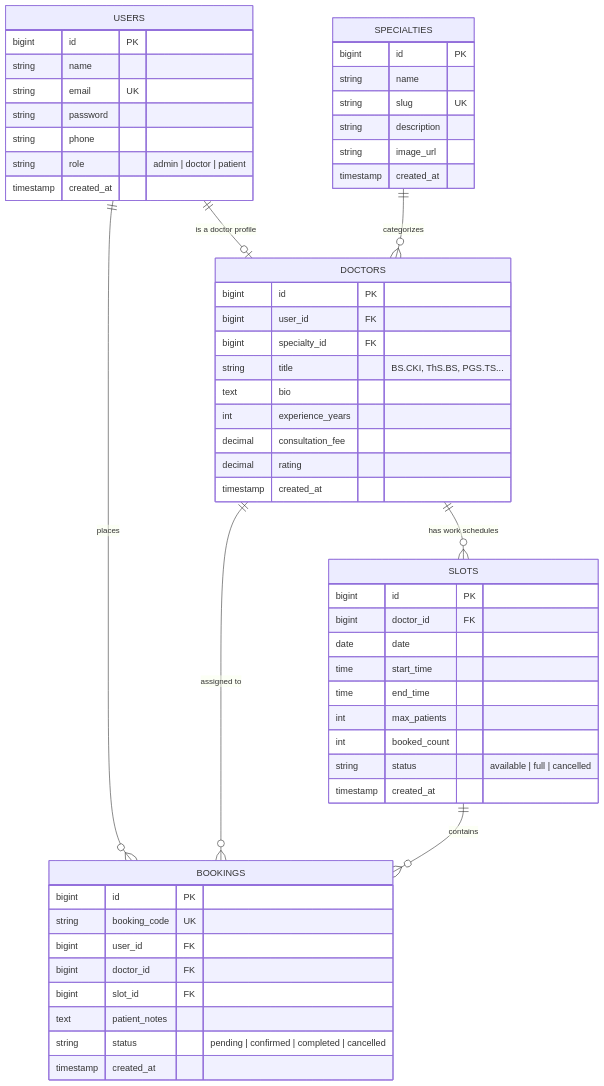
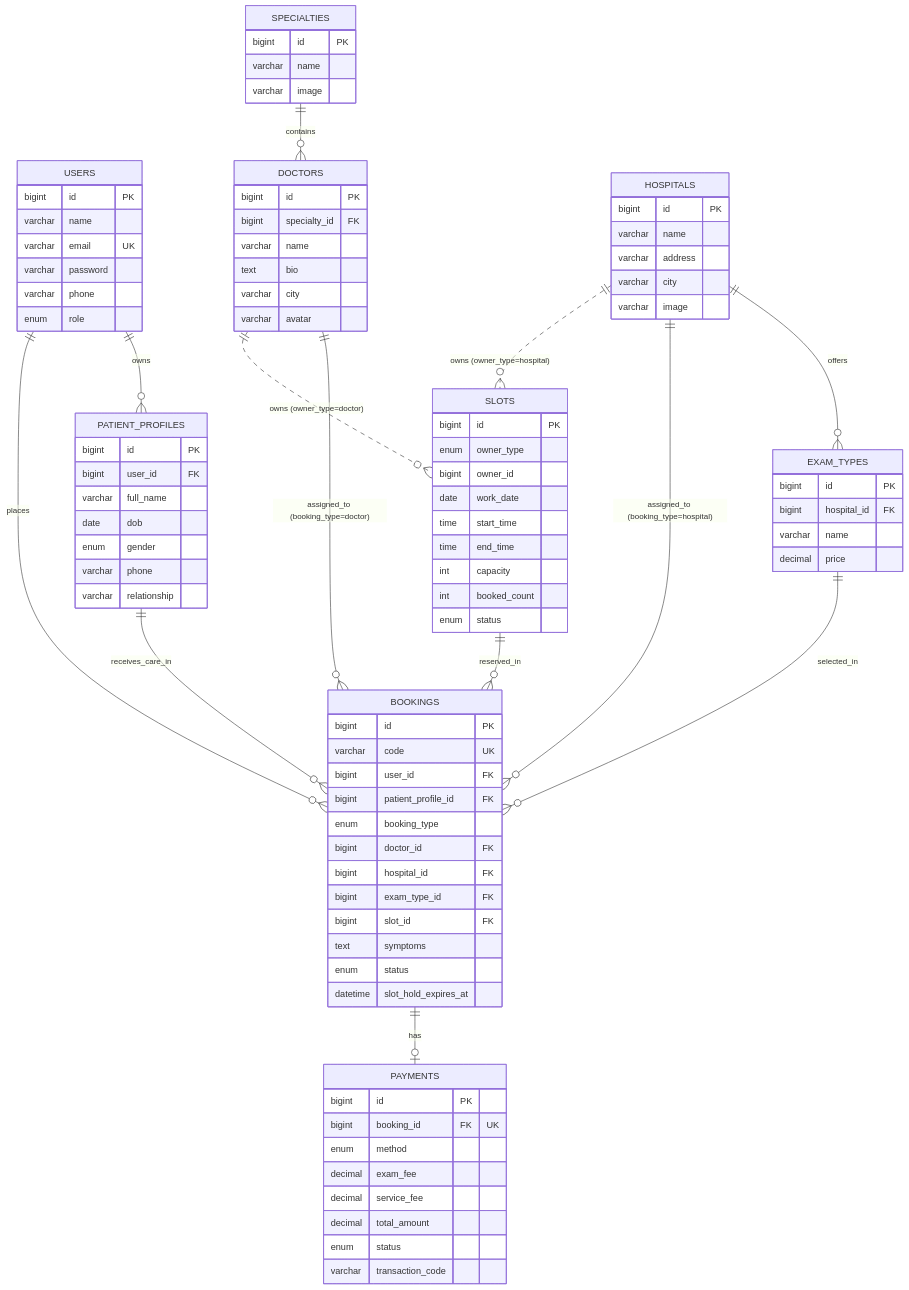
One commit to th4nhc0n999/Mini-Project-IS207 changed the second of 3 diagrams in README.md. Above: the diagram before and after it, drawn with Mermaid. The commit also changed other lines of this file and 4 other files, not shown here.

Commit message:
Agent Host changes for agents/update-db-schema-docs

````diff
--- a/README.md
+++ b/README.md
@@ -193,63 +201,94 @@
 ```mermaid
 erDiagram
-    USERS ||--o| DOCTORS : "is a doctor profile"
+    USERS ||--o{ PATIENT_PROFILES : "owns"
     USERS ||--o{ BOOKINGS : "places"
-    SPECIALTIES ||--o{ DOCTORS : "categorizes"
-    DOCTORS ||--o{ SLOTS : "has work schedules"
-    DOCTORS ||--o{ BOOKINGS : "assigned to"
-    SLOTS ||--o{ BOOKINGS : "contains"
+    PATIENT_PROFILES ||--o{ BOOKINGS : "receives_care_in"
+    SPECIALTIES ||--o{ DOCTORS : "contains"
+    DOCTORS ||--o{ BOOKINGS : "assigned_to (booking_type=doctor)"
+    HOSPITALS ||--o{ EXAM_TYPES : "offers"
+    HOSPITALS ||--o{ BOOKINGS : "assigned_to (booking_type=hospital)"
+    EXAM_TYPES ||--o{ BOOKINGS : "selected_in"
+    SLOTS ||--o{ BOOKINGS : "reserved_in"
+    DOCTORS ||..o{ SLOTS : "owns (owner_type=doctor)"
+    HOSPITALS ||..o{ SLOTS : "owns (owner_type=hospital)"
+    BOOKINGS ||--o| PAYMENTS : "has"
 
     USERS {
         bigint id PK
-        string name
-        string email UK
-        string password
-        string phone
-        string role "admin | doctor | patient"
-        timestamp created_at
+        varchar name
+        varchar email UK
+        varchar password
+        varchar phone
+        enum role
     }
-
     SPECIALTIES {
         bigint id PK
-        string name
-        string slug UK
-        string description
-        string image_url
-        timestamp created_at
+        varchar name
+        varchar image
     }
-
+    PATIENT_PROFILES {
+        bigint id PK
+        bigint user_id FK
+        varchar full_name
+        date dob
+        enum gender
+        varchar phone
+        varchar relationship
+    }
     DOCTORS {
         bigint id PK
-        bigint user_id FK
         bigint specialty_id FK
-        string title "BS.CKI, ThS.BS, PGS.TS..."
+        varchar name
         text bio
-        int experience_years
-        decimal consultation_fee
-        decimal rating
-        timestamp created_at
+        varchar city
+        varchar avatar
     }
-
+    HOSPITALS {
+        bigint id PK
+        varchar name
+        varchar address
+        varchar city
+        varchar image
+    }
+    EXAM_TYPES {
+        bigint id PK
+        bigint hospital_id FK
+        varchar name
+        decimal price
+    }
     SLOTS {
         bigint id PK
-        bigint doctor_id FK
-        date date
+        enum owner_type
+        bigint owner_id
+        date work_date
         time start_time
         time end_time
-        int max_patients
+        int capacity
         int booked_count
-        string status "available | full | cancelled"
-        timestamp created_at
+        enum status
     }
-
     BOOKINGS {
         bigint id PK
-        string booking_code UK
+        varchar code UK
         bigint user_id FK
+        bigint patient_profile_id FK
+        enum booking_type
         bigint doctor_id FK
+        bigint hospital_id FK
+        bigint exam_type_id FK
         bigint slot_id FK
-        text patient_notes
-        string status "pending | confirmed | completed | cancelled"
-        timestamp created_at
+        text symptoms
+        enum status
+        datetime slot_hold_expires_at
+    }
+    PAYMENTS {
+        bigint id PK
+        bigint booking_id FK "UK"
+        enum method
+        decimal exam_fee
+        decimal service_fee
+        decimal total_amount
+        enum status
+        varchar transaction_code
     }
 ```
````
